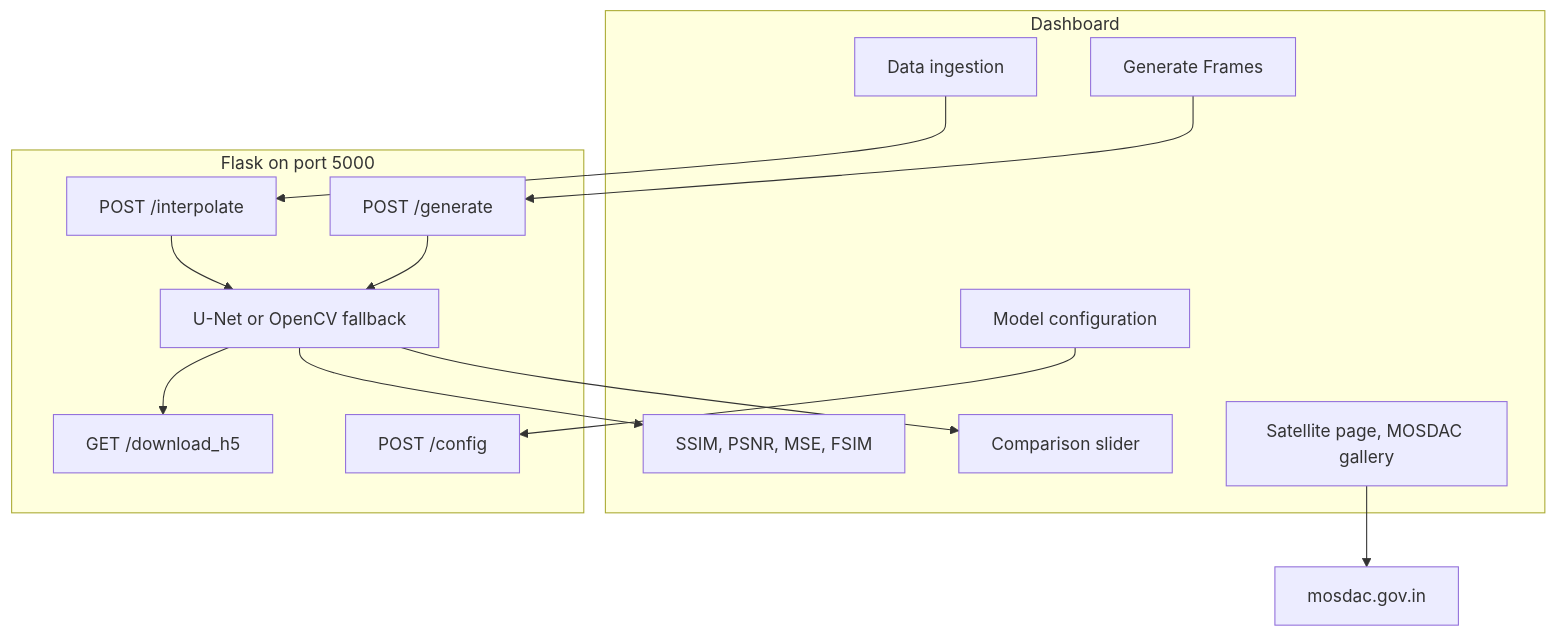
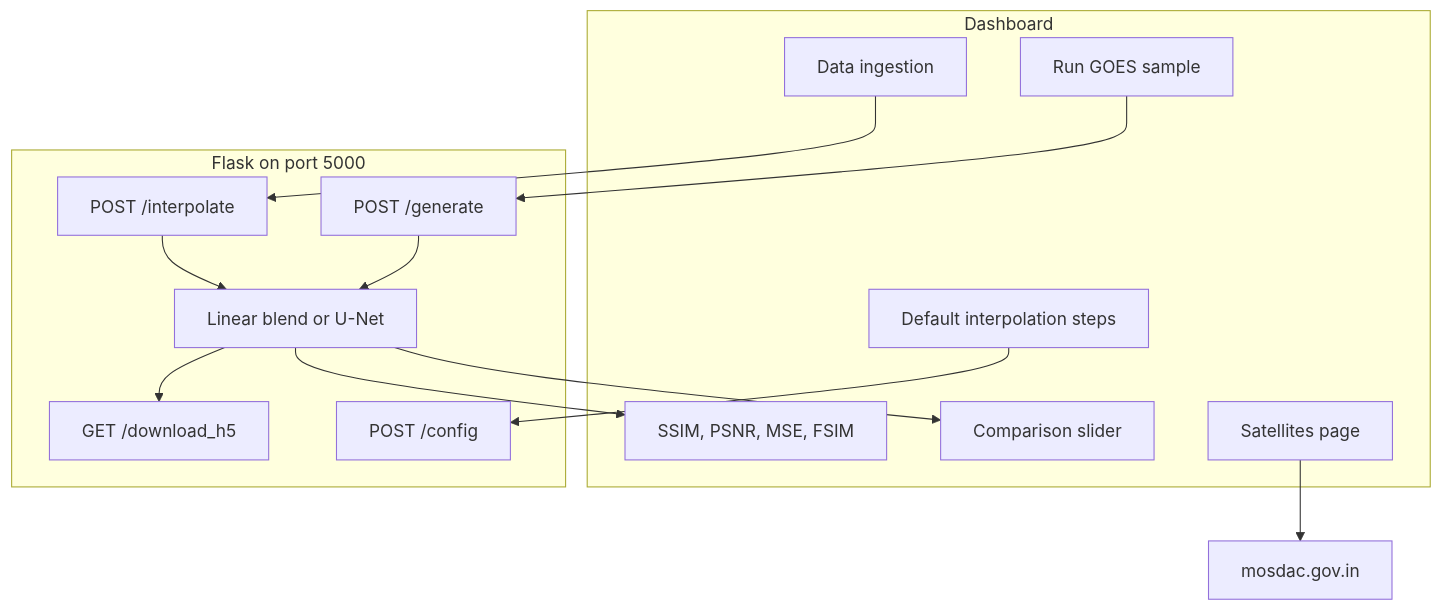
The second of 2 diagrams in README.md (SomyadipJana/seamless-sat-frames), drawn with Mermaid before and after one commit. The commit also changed other lines of this file and 1 other file, not shown here.

````diff
--- a/README.md
+++ b/README.md
@@ -99,27 +128,27 @@
 ```mermaid
 flowchart TB
   subgraph client [Dashboard]
     Upload["Data ingestion"]
     Compare["Comparison slider"]
     Metrics["SSIM, PSNR, MSE, FSIM"]
-    Config["Model configuration"]
-    Generate["Generate Frames"]
-    MOSDAC["Satellite page, MOSDAC gallery"]
+    Config["Default interpolation steps"]
+    Generate["Run GOES sample"]
+    MOSDAC["Satellites page"]
   end
   subgraph api [Flask on port 5000]
     Interp["POST /interpolate"]
     Gen["POST /generate"]
     Cfg["POST /config"]
     H5["GET /download_h5"]
-    Model["U-Net or OpenCV fallback"]
+    Model["Linear blend or U-Net"]
   end
   Upload --> Interp
   Generate --> Gen
   Config --> Cfg
   Interp --> Model
   Gen --> Model
   Model --> Compare
   Model --> Metrics
   Model --> H5
   MOSDAC --> Gallery["mosdac.gov.in"]
 ```
````
